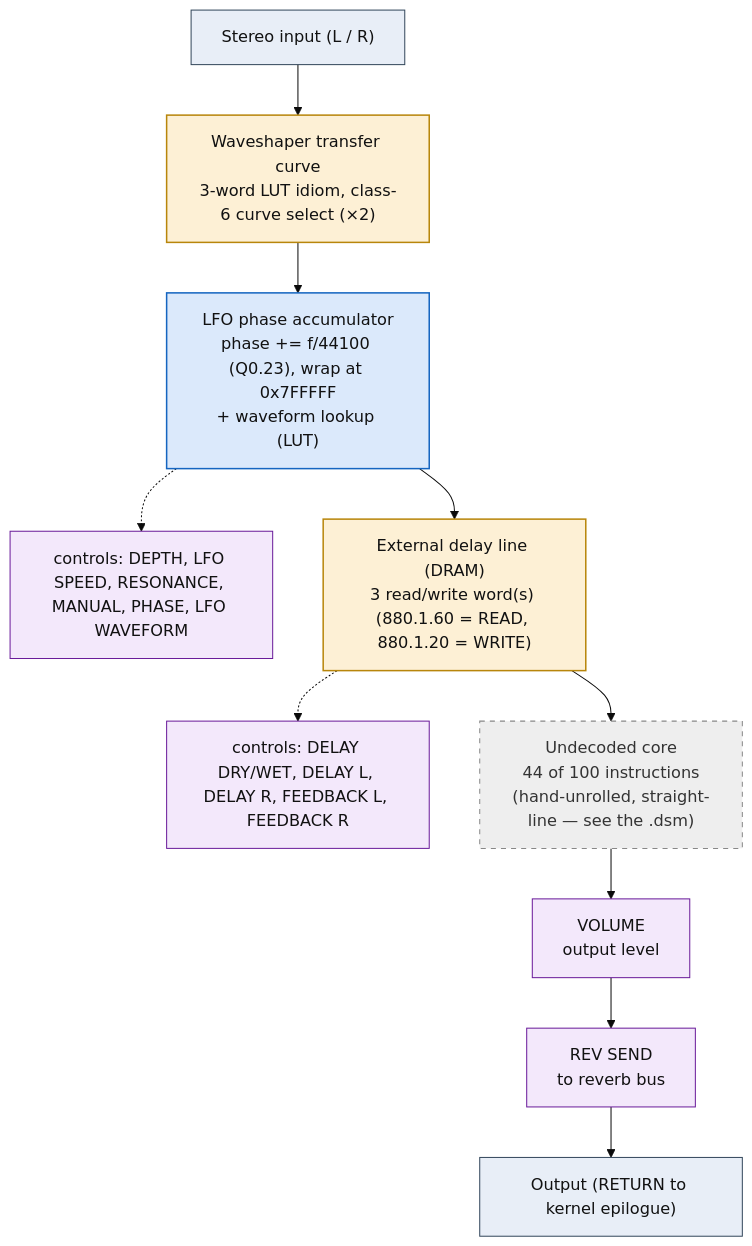
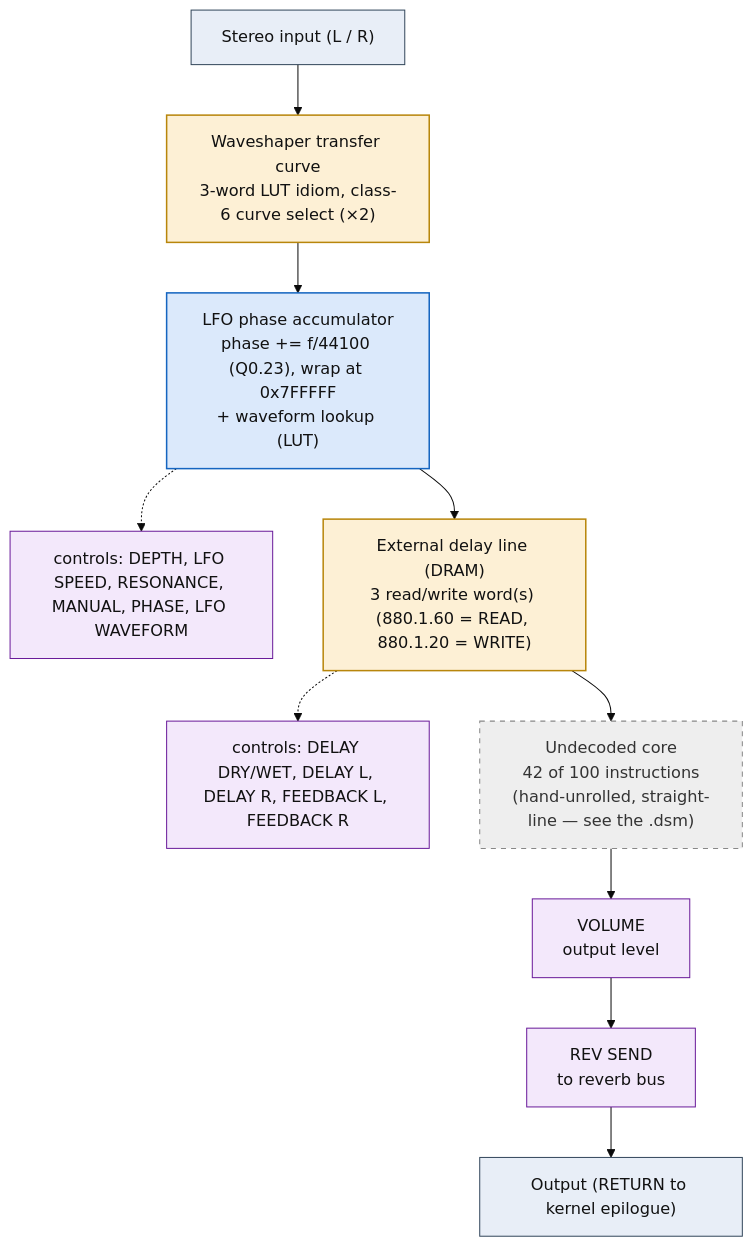
The diagram in dsp/flowcharts/prog66_s_delay_flanger.md (ArqueologiaDigital/kn5000-roms-disasm), drawn with Mermaid (base theme) before and after one commit. The commit also changed other lines of this file and 63 other files, not shown here.

````diff
--- a/dsp/flowcharts/prog66_s_delay_flanger.md
+++ b/dsp/flowcharts/prog66_s_delay_flanger.md
@@ -12,34 +12,34 @@
 ```mermaid
 flowchart TD
     N0["Stereo input (L / R)"]
     N1["Waveshaper transfer curve<br/>3-word LUT idiom, class-6 curve select (&times;2)"]
     N0 --> N1
     N2["LFO phase accumulator<br/>phase += f/44100 (Q0.23), wrap at 0x7FFFFF<br/>+ waveform lookup (LUT)"]
     N1 --> N2
     N3["controls: DEPTH, LFO SPEED, RESONANCE, MANUAL, PHASE, LFO WAVEFORM"]
     N2 -.-> N3
     N4["External delay line (DRAM)<br/>3 read/write word(s) (880.1.60 = READ, 880.1.20 = WRITE)"]
     N2 --> N4
     N5["controls: DELAY DRY/WET, DELAY L, DELAY R, FEEDBACK L, FEEDBACK R"]
     N4 -.-> N5
-    N6["Undecoded core<br/>44 of 100 instructions<br/>(hand-unrolled, straight-line &mdash; see the .dsm)"]
+    N6["Undecoded core<br/>42 of 100 instructions<br/>(hand-unrolled, straight-line &mdash; see the .dsm)"]
     N4 --> N6
     N7["VOLUME<br/>output level"]
     N6 --> N7
     N8["REV SEND<br/>to reverb bus"]
     N7 --> N8
     N9["Output (RETURN to kernel epilogue)"]
     N8 --> N9
 
     classDef io fill:#e8eef7,stroke:#33475b,stroke-width:1px,color:#111;
     classDef proven fill:#d7f0d7,stroke:#2e7d32,stroke-width:2px,color:#111;
     classDef measured fill:#dbe9fb,stroke:#1565c0,stroke-width:1.5px,color:#111;
     classDef inferred fill:#fdf0d5,stroke:#b8860b,stroke-width:1.5px,color:#111;
     classDef open fill:#eeeeee,stroke:#888,stroke-width:1px,color:#333,stroke-dasharray:5 5;
     classDef ctrl fill:#f3e8fb,stroke:#6a1b9a,stroke-width:1px,color:#111;
     class N0,N9 io;
     class N1,N4 inferred;
     class N2 measured;
     class N3,N5,N7,N8 ctrl;
     class N6 open;
 ```
````
